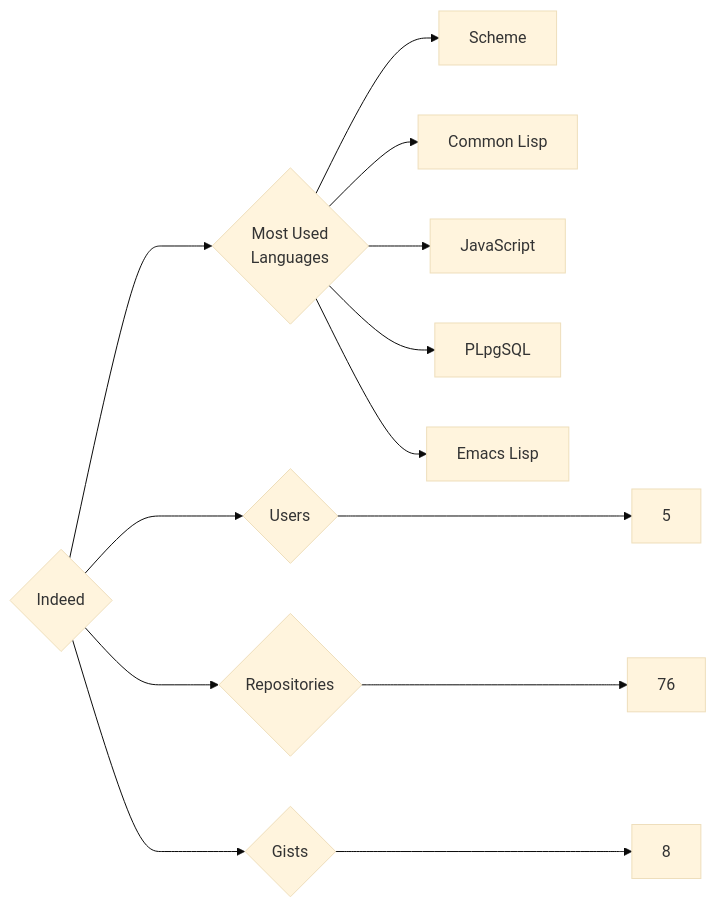
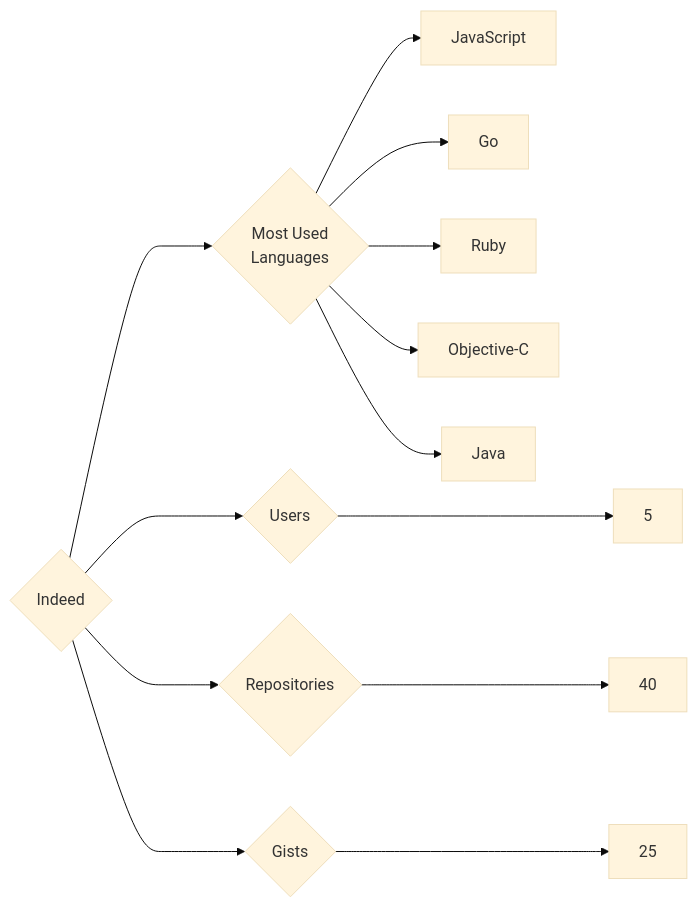
Before and after one commit to trickest/insiders: the diagram in targets/Indeed/README.md, drawn with Mermaid (base theme). The commit also changed 1170 other files, not shown here.

````diff
--- a/targets/Indeed/README.md
+++ b/targets/Indeed/README.md
@@ -3,13 +3,13 @@
 ```mermaid
 graph LR
 COMPANY_NAME{Indeed}
 COMPANY_NAME ---> U{Users} ---> UN[5]
-COMPANY_NAME ---> R{Repositories} ---> RN[76]
-COMPANY_NAME ---> G{Gists} ---> GN[8]
+COMPANY_NAME ---> R{Repositories} ---> RN[40]
+COMPANY_NAME ---> G{Gists} ---> GN[25]
 COMPANY_NAME ---> ML{Most Used<br>Languages}
-ML --> Scheme[Scheme]
-ML --> Common_Lisp[Common Lisp]
 ML --> JavaScript[JavaScript]
-ML --> PLpgSQL[PLpgSQL]
-ML --> Emacs_Lisp[Emacs Lisp]
+ML --> Go[Go]
+ML --> Ruby[Ruby]
+ML --> Objective-C[Objective-C]
+ML --> Java[Java]
 ```
````
